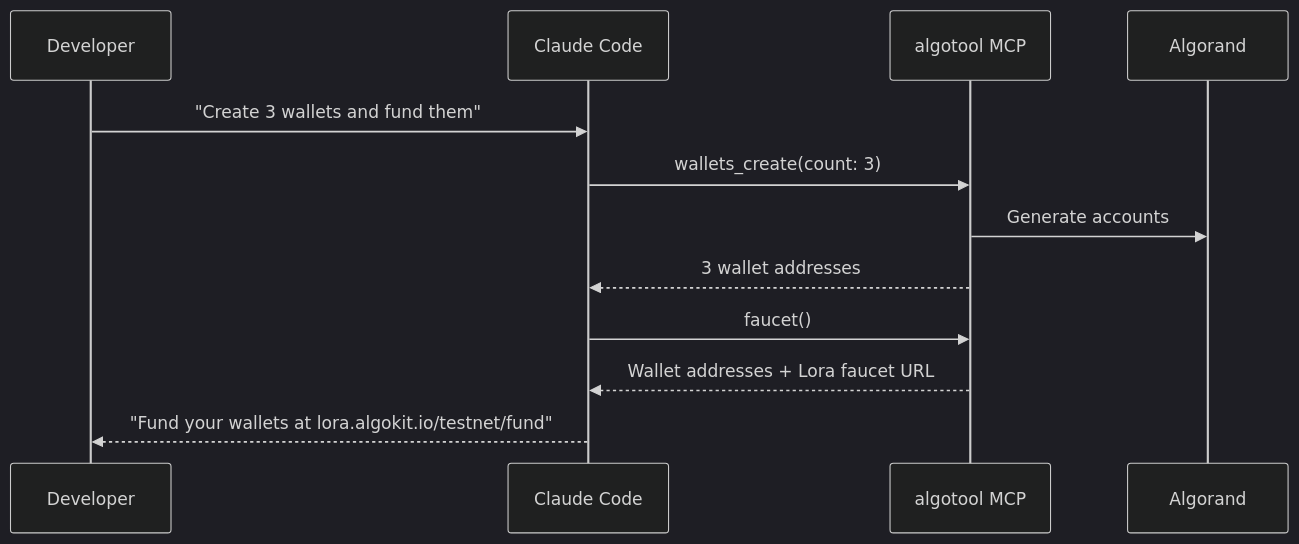
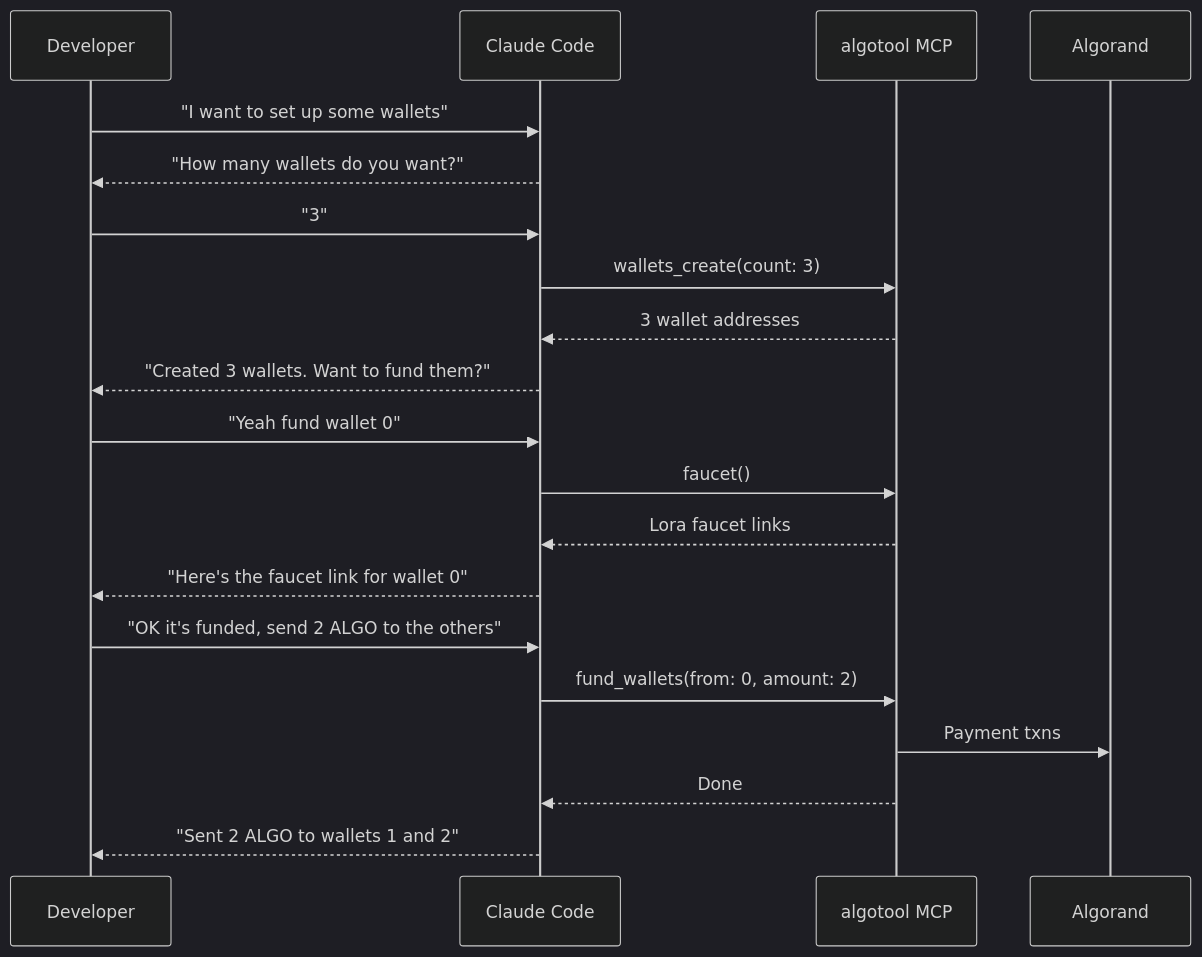
The second of 2 diagrams in README.md (mitchhall16/algotool), drawn with Mermaid (dark theme) before and after one commit. The commit also changed other lines of this file, not shown here.

Commit message:
Update README — user-driven philosophy, conversational MCP flow

````diff
--- a/README.md
+++ b/README.md
@@ -141,15 +143,23 @@
 ```mermaid
 sequenceDiagram
     participant U as Developer
     participant C as Claude Code
     participant M as algotool MCP
     participant A as Algorand
 
-    U->>C: "Create 3 wallets and fund them"
+    U->>C: "I want to set up some wallets"
+    C-->>U: "How many wallets do you want?"
+    U->>C: "3"
     C->>M: wallets_create(count: 3)
-    M->>A: Generate accounts
     M-->>C: 3 wallet addresses
+    C-->>U: "Created 3 wallets. Want to fund them?"
+    U->>C: "Yeah fund wallet 0"
     C->>M: faucet()
-    M-->>C: Wallet addresses + Lora faucet URL
-    C-->>U: "Fund your wallets at lora.algokit.io/testnet/fund"
+    M-->>C: Lora faucet links
+    C-->>U: "Here's the faucet link for wallet 0"
+    U->>C: "OK it's funded, send 2 ALGO to the others"
+    C->>M: fund_wallets(from: 0, amount: 2)
+    M->>A: Payment txns
+    M-->>C: Done
+    C-->>U: "Sent 2 ALGO to wallets 1 and 2"
 ```
````
